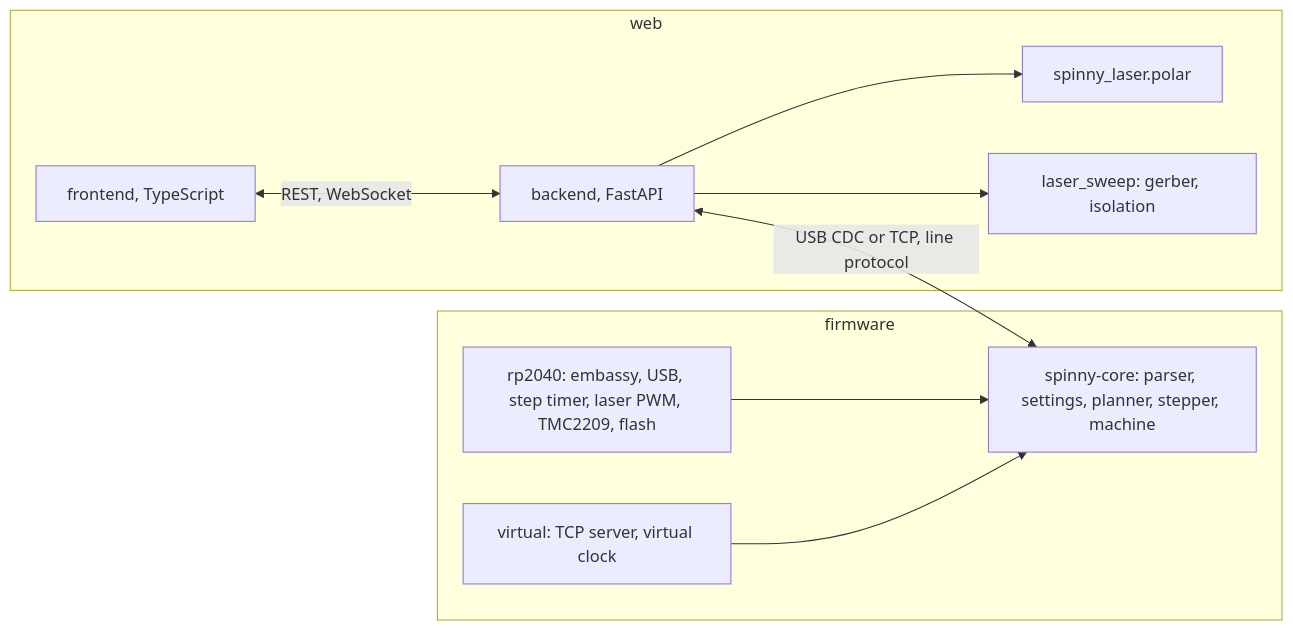
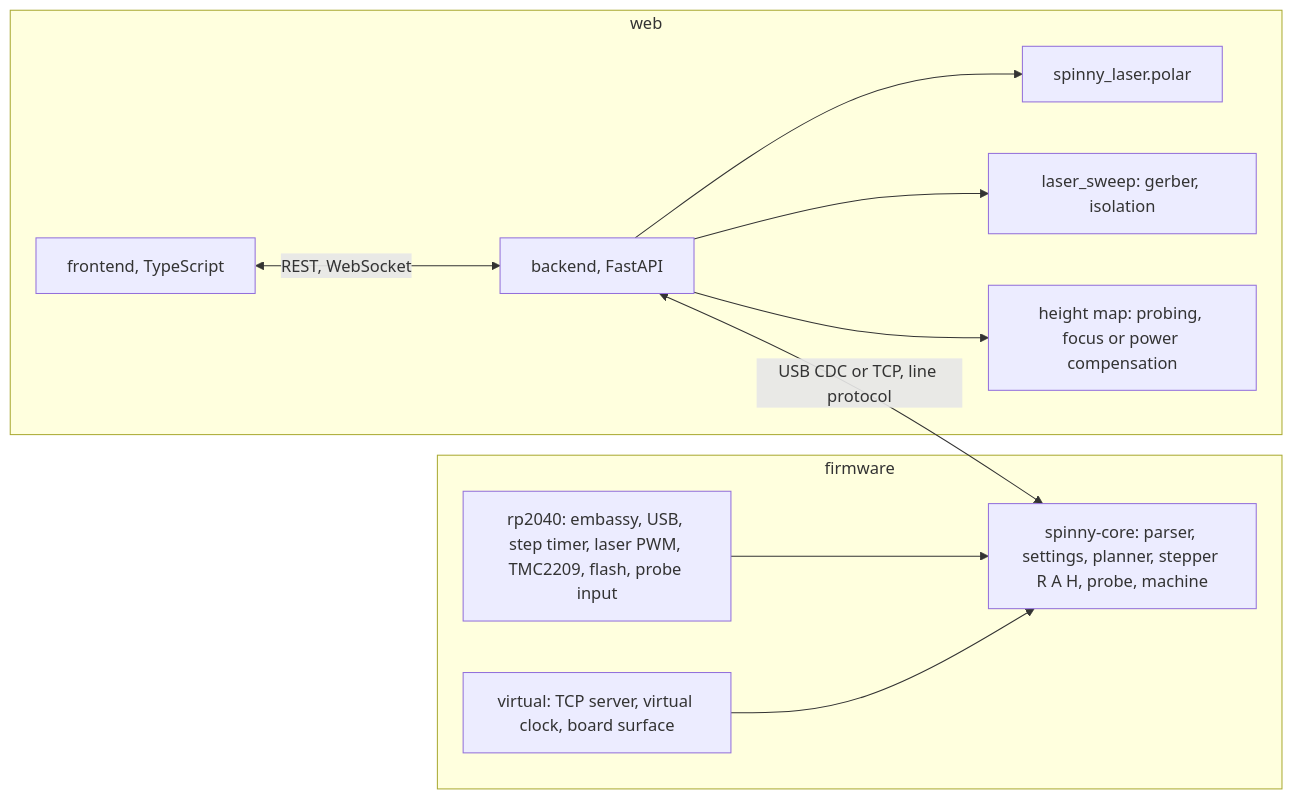
Before and after one commit to tmpk13/spinny-cnc: the first of 2 diagrams in README.md, drawn with Mermaid. The commit also changed other lines of this file and 20 other files, not shown here.

````diff
--- a/README.md
+++ b/README.md
@@ -162,13 +180,14 @@
 ```mermaid
 flowchart LR
     subgraph web
         FE[frontend, TypeScript] <-->|REST, WebSocket| BE[backend, FastAPI]
         BE --> KIN[spinny_laser.polar]
         BE --> LS[laser_sweep: gerber, isolation]
+        BE --> HM[height map: probing, focus or power compensation]
     end
     BE <-->|USB CDC or TCP, line protocol| CORE
     subgraph firmware
-        RP[rp2040: embassy, USB, step timer, laser PWM, TMC2209, flash] --> CORE[spinny-core: parser, settings, planner, stepper, machine]
-        VIRT[virtual: TCP server, virtual clock] --> CORE
+        RP[rp2040: embassy, USB, step timer, laser PWM, TMC2209, flash, probe input] --> CORE[spinny-core: parser, settings, planner, stepper R A H, probe, machine]
+        VIRT[virtual: TCP server, virtual clock, board surface] --> CORE
     end
 ```
````
